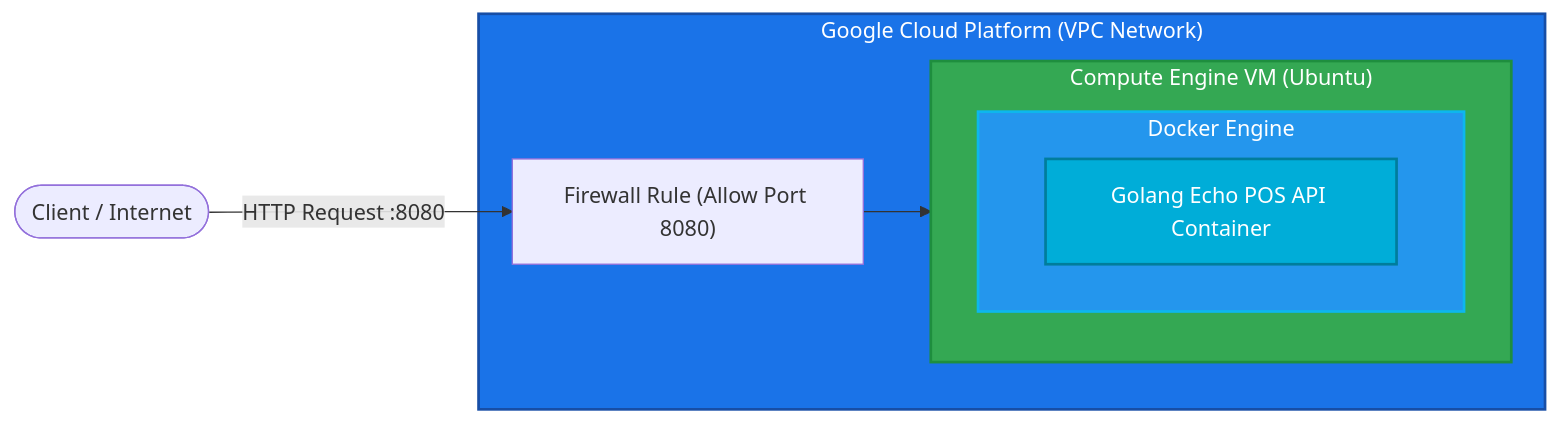
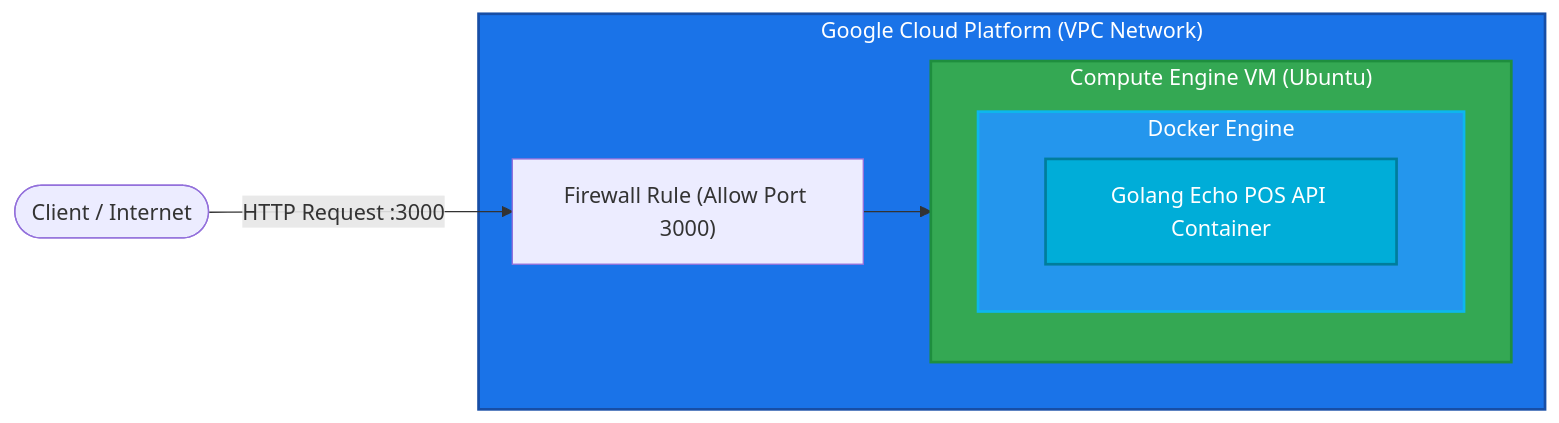
Before and after one commit to goesbams/simple-pos-with-terraform: the first of 2 diagrams in README.md, drawn with Mermaid. The commit also changed other lines of this file, not shown here.

Commit message:
docs: update default application port to 3000

````diff
--- a/README.md
+++ b/README.md
@@ -16,26 +16,26 @@
 ```mermaid
 flowchart LR
-    Client([Client / Internet]) -->|HTTP Request :8080| FW
+    Client([Client / Internet]) -->|HTTP Request :3000| FW
 
     subgraph GCP["Google Cloud Platform (VPC Network)"]
-        FW["Firewall Rule (Allow Port 8080)"]
+        FW["Firewall Rule (Allow Port 3000)"]
         
         subgraph GCE["Compute Engine VM (Ubuntu)"]
             subgraph Docker["Docker Engine"]
                 API["Golang Echo POS API Container"]
             end
         end
         
         FW --> GCE
     end
 
     classDef gcpStyle fill:#1a73e8,stroke:#174ea6,stroke-width:2px,color:#fff;
     classDef vmStyle fill:#34a853,stroke:#1e8e3e,stroke-width:2px,color:#fff;
     classDef dockerStyle fill:#2496ed,stroke:#0db7ed,stroke-width:2px,color:#fff;
     classDef apiStyle fill:#00add8,stroke:#007d9c,stroke-width:2px,color:#fff;
 
     class GCP gcpStyle;
     class GCE vmStyle;
     class Docker dockerStyle;
     class API apiStyle;
 ```
````
